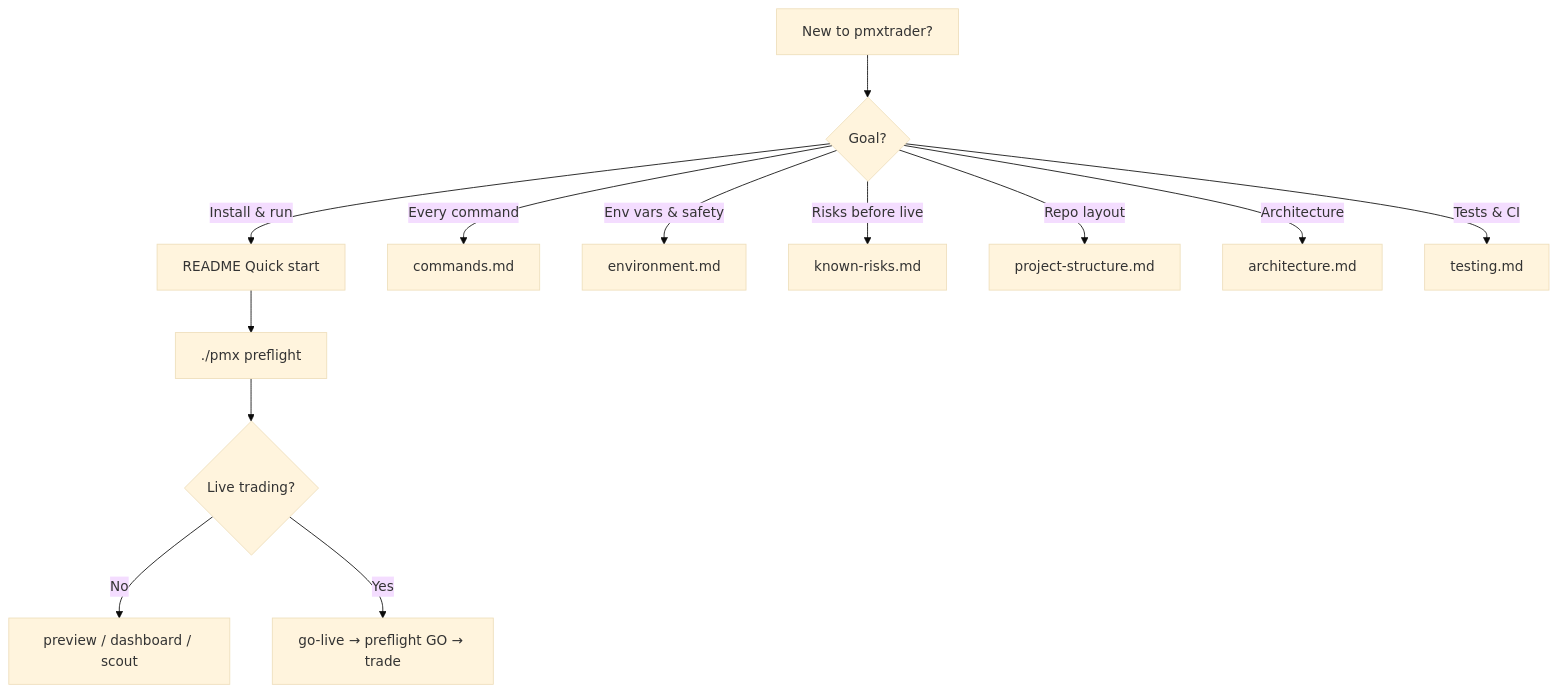
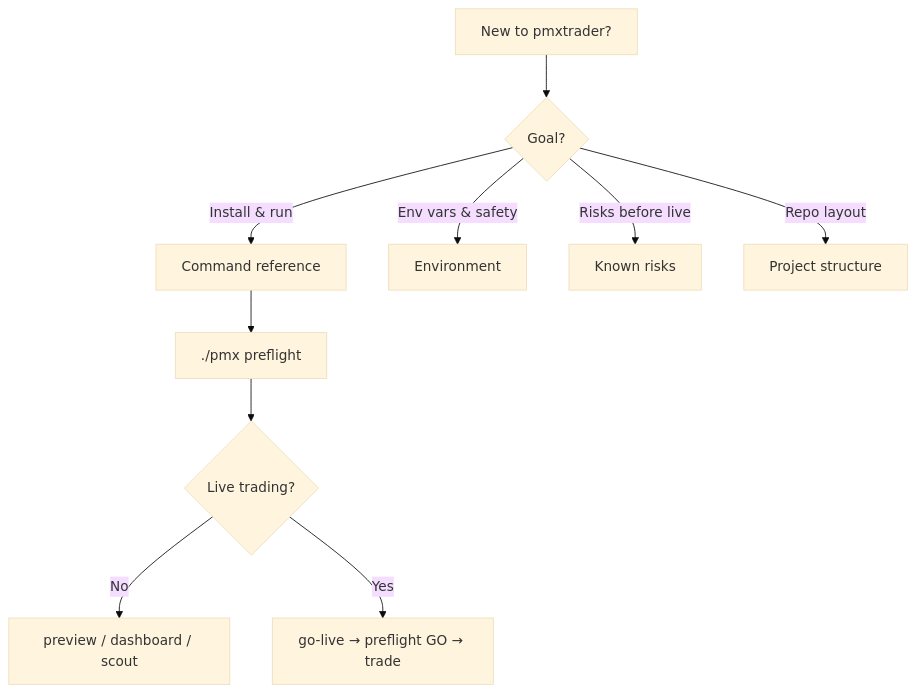
The first of 3 diagrams in docs/README.md (AbsCodeX/pmxtrader), drawn with Mermaid (base theme) before and after one commit. The commit also changed other lines of this file and 6 other files, not shown here.

````diff
--- a/docs/README.md
+++ b/docs/README.md
@@ -27,15 +137,12 @@
-```mermaid
-flowchart TD
-  A[New to pmxtrader?] --> B{Goal?}
-  B -->|Install & run| C[README Quick start]
-  B -->|Every command| D[commands.md]
-  B -->|Env vars & safety| E[environment.md]
-  B -->|Risks before live| F[known-risks.md]
-  B -->|Repo layout| G[project-structure.md]
-  B -->|Architecture| H[architecture.md]
-  B -->|Tests & CI| I[testing.md]
-  C --> J[./pmx preflight]
-  J --> K{Live trading?}
-  K -->|No| L[preview / dashboard / scout]
-  K -->|Yes| M[go-live → preflight GO → trade]
-```
+    ```mermaid
+    flowchart TD
+      A[New to pmxtrader?] --> B{Goal?}
+      B -->|Install & run| C[Command reference]
+      B -->|Env vars & safety| D[Environment]
+      B -->|Risks before live| E[Known risks]
+      B -->|Repo layout| F[Project structure]
+      C --> G[./pmx preflight]
+      G --> H{Live trading?}
+      H -->|No| I[preview / dashboard / scout]
+      H -->|Yes| J[go-live → preflight GO → trade]
+    ```
````
